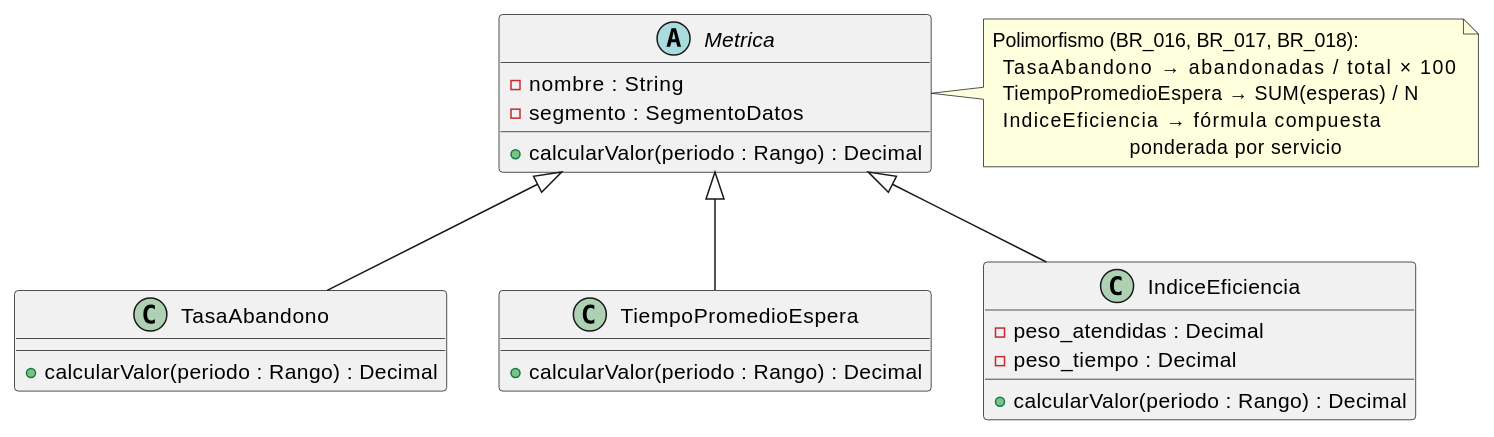
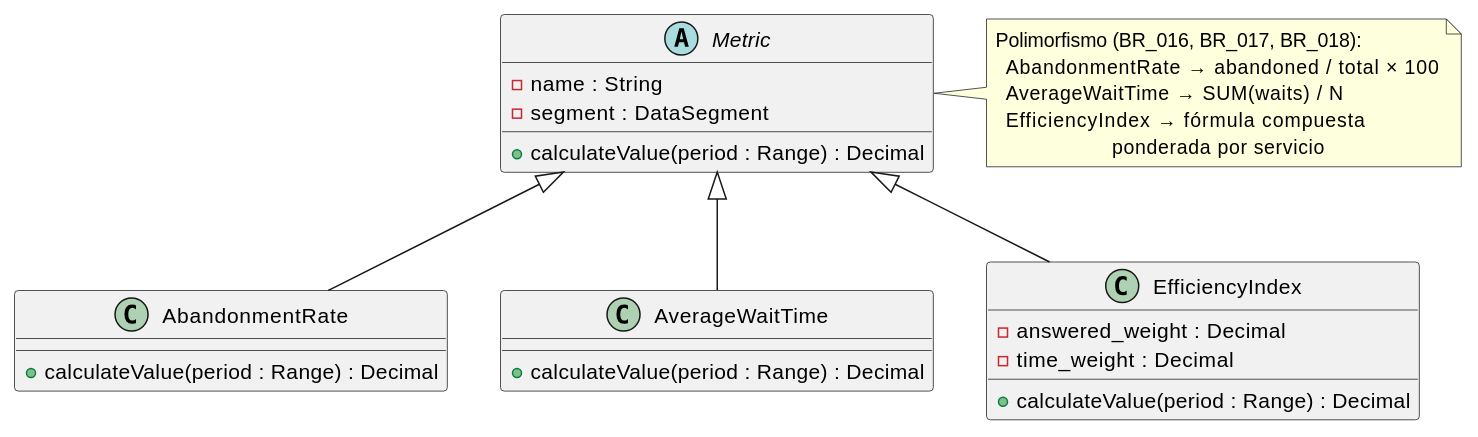
Before and after one commit to jcg-admin/IACT-docs: the diagram in source/requisitos/_metodologia-aplicacion/orientacion-objetos/calcularvalor-polimorfico-en-metricas-iact.rst, drawn with PlantUML. The commit also changed 16 other files, not shown here.

```diff
--- a/source/requisitos/_metodologia-aplicacion/orientacion-objetos/calcularvalor-polimorfico-en-metricas-iact.rst
+++ b/source/requisitos/_metodologia-aplicacion/orientacion-objetos/calcularvalor-polimorfico-en-metricas-iact.rst
@@ -4,36 +4,36 @@
 .. uml::
 
    @startuml
 
-   abstract class Metrica {
-     - nombre : String
-     - segmento : SegmentoDatos
-     + calcularValor(periodo : Rango) : Decimal
+   abstract class Metric {
+     - name : String
+     - segment : DataSegment
+     + calculateValue(period : Range) : Decimal
    }
 
-   class TasaAbandono {
-     + calcularValor(periodo : Rango) : Decimal
+   class AbandonmentRate {
+     + calculateValue(period : Range) : Decimal
    }
 
-   class TiempoPromedioEspera {
-     + calcularValor(periodo : Rango) : Decimal
+   class AverageWaitTime {
+     + calculateValue(period : Range) : Decimal
    }
 
-   class IndiceEficiencia {
-     - peso_atendidas : Decimal
-     - peso_tiempo : Decimal
-     + calcularValor(periodo : Rango) : Decimal
+   class EfficiencyIndex {
+     - answered_weight : Decimal
+     - time_weight : Decimal
+     + calculateValue(period : Range) : Decimal
    }
 
-   Metrica <|-- TasaAbandono
-   Metrica <|-- TiempoPromedioEspera
-   Metrica <|-- IndiceEficiencia
+   Metric <|-- AbandonmentRate
+   Metric <|-- AverageWaitTime
+   Metric <|-- EfficiencyIndex
 
-   note right of Metrica
+   note right of Metric
      Polimorfismo (BR_016, BR_017, BR_018):
-       TasaAbandono           → abandonadas / total × 100
-       TiempoPromedioEspera   → SUM(esperas) / N
-       IndiceEficiencia       → fórmula compuesta
-                                ponderada por servicio
+       AbandonmentRate    → abandoned / total × 100
+       AverageWaitTime    → SUM(waits) / N
+       EfficiencyIndex    → fórmula compuesta
+                            ponderada por servicio
    end note
    @enduml
```
